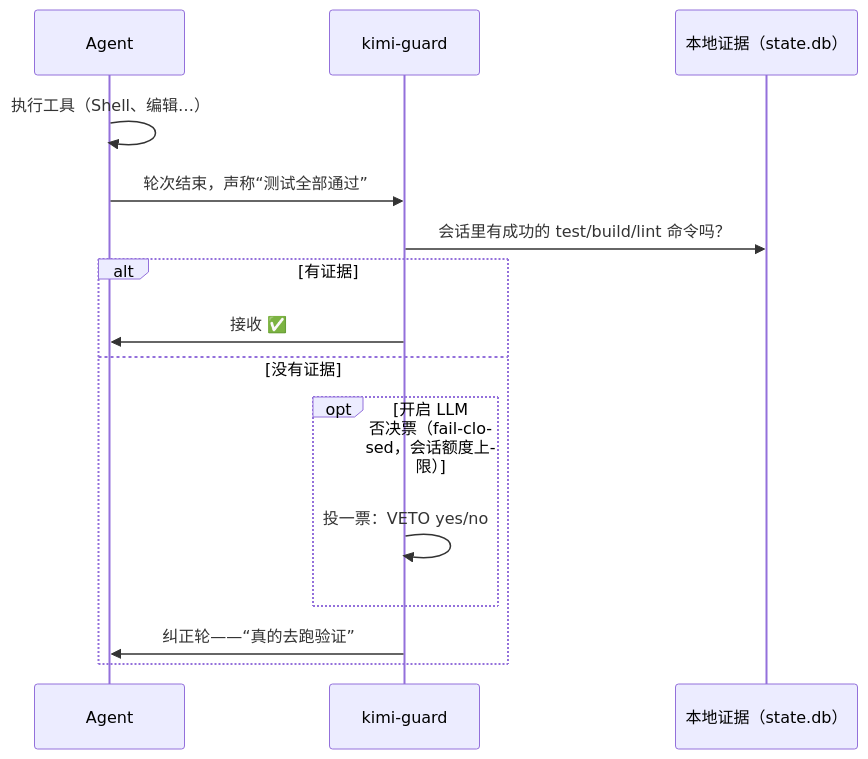
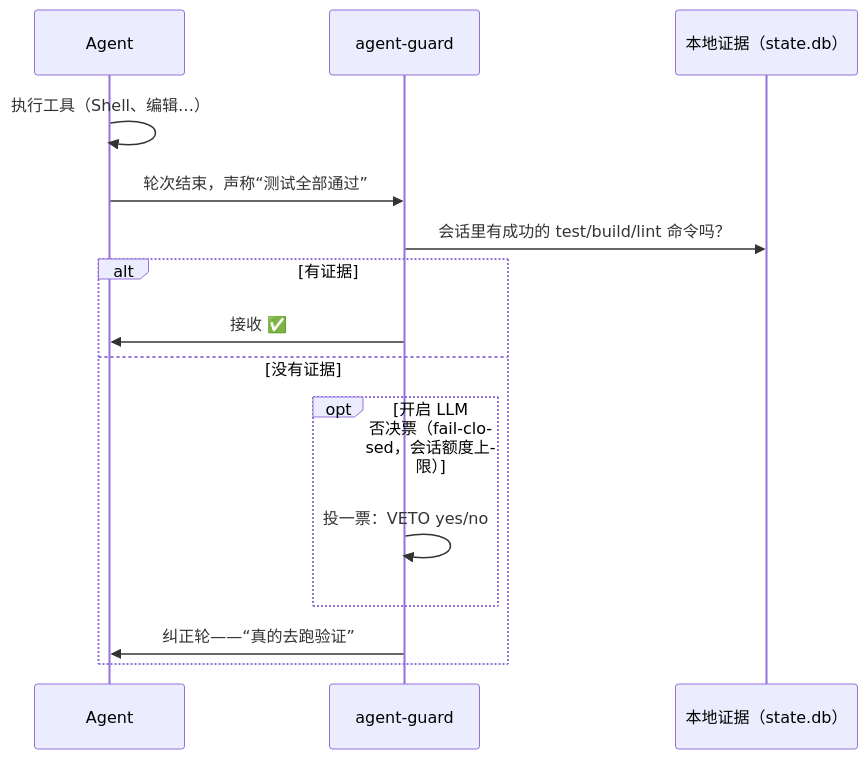
Before and after one commit to shidesheng0218/kimi-guard: the second of 2 diagrams in docs/README.zh-CN.md, drawn with Mermaid. The commit also changed other lines of this file and 1 other file, not shown here.

Commit message:
docs: finish agent-guard rebrand sweep in README prose (both languages); drop stale single-runtime claim

````diff
--- a/docs/README.zh-CN.md
+++ b/docs/README.zh-CN.md
@@ -218,17 +218,17 @@
 ```mermaid
 sequenceDiagram
     participant A as Agent
-    participant G as kimi-guard
+    participant G as agent-guard
     participant DB as 本地证据（state.db）
     A->>A: 执行工具（Shell、编辑…）
     A->>G: 轮次结束，声称“测试全部通过”
     G->>DB: 会话里有成功的 test/build/lint 命令吗？
     alt 有证据
         G->>A: 接收 ✅
     else 没有证据
         opt 开启 LLM 否决票（fail-closed，会话额度上限）
             G->>G: 投一票：VETO yes/no
         end
         G->>A: 纠正轮——“真的去跑验证”
     end
 ```
````
